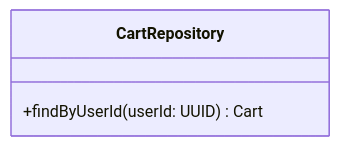
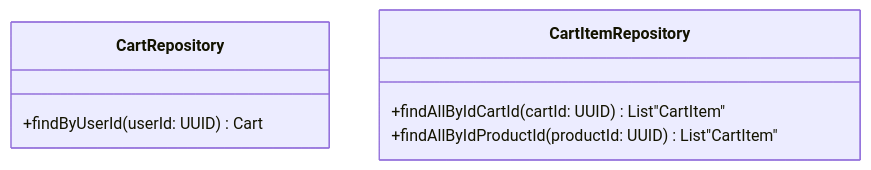
Before and after one commit to fruzsina-banyai/webshop: the fifth of 7 diagrams in documentation/shopping_cart/shopping_cart.md, drawn with Mermaid. The commit also changed other lines of this file, not shown here.

````diff
--- a/documentation/shopping_cart/shopping_cart.md
+++ b/documentation/shopping_cart/shopping_cart.md
@@ -40,6 +49,10 @@
 ```mermaid
 classDiagram
   class CartRepository {
     +findByUserId(userId: UUID) Cart
   }
+  class CartItemRepository {
+    +findAllByIdCartId(cartId: UUID) List"CartItem"
+    +findAllByIdProductId(productId: UUID) List"CartItem"
+  }
 ```
````
